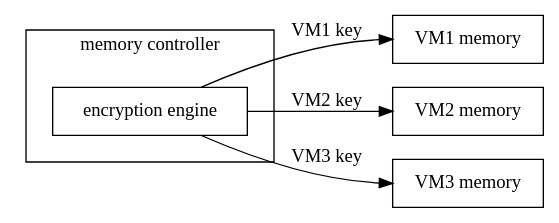
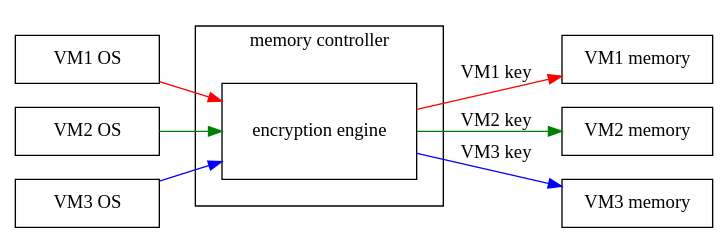
Before and after one commit to fengharry/draw: the diagram in memory_encryption.gv, drawn with Graphviz. The commit also changed 8 other files, not shown here.

```diff
--- a/memory_encryption.gv
+++ b/memory_encryption.gv
@@ -1,19 +1,26 @@
 digraph memory_encryption
 {
-	node[shape = box];
-	edge[headport = w];
+	node[shape = box; width = 1.5];
 	rankdir = LR;
 
 	subgraph cluster0
 	{
 		label  = "memory controller"; margin = 20;
-		encryption_engine[label = "encryption engine"];
+		encryption_engine[label = "encryption engine"; height = 1];
 		
 	}
-	encryption_engine -> DRAM1[label = "VM1 key"];
-	encryption_engine -> DRAM2[label = "VM2 key"];
-	encryption_engine -> DRAM3[label = "VM3 key"];
+	
+	os1[label = "VM1 OS"];
+	os2[label = "VM2 OS"];
+	os3[label = "VM3 OS"];
 	DRAM1[label = "VM1 memory"];
 	DRAM2[label = "VM2 memory"];
 	DRAM3[label = "VM3 memory"];
+
+	os1 -> encryption_engine[color = red];
+	os2 -> encryption_engine[color = green];
+	os3 -> encryption_engine[color = blue];
+	encryption_engine -> DRAM1[label = "VM1 key"; color = red];
+	encryption_engine -> DRAM2[label = "VM2 key"; color = green];
+	encryption_engine -> DRAM3[label = "VM3 key"; color = blue];
 }
```
